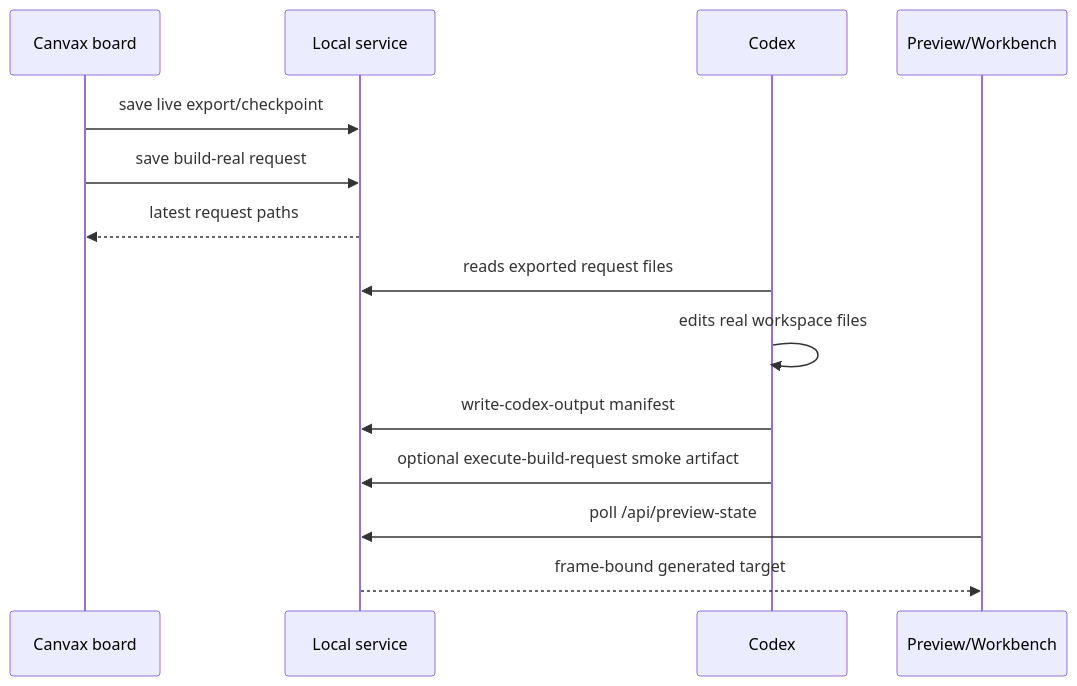
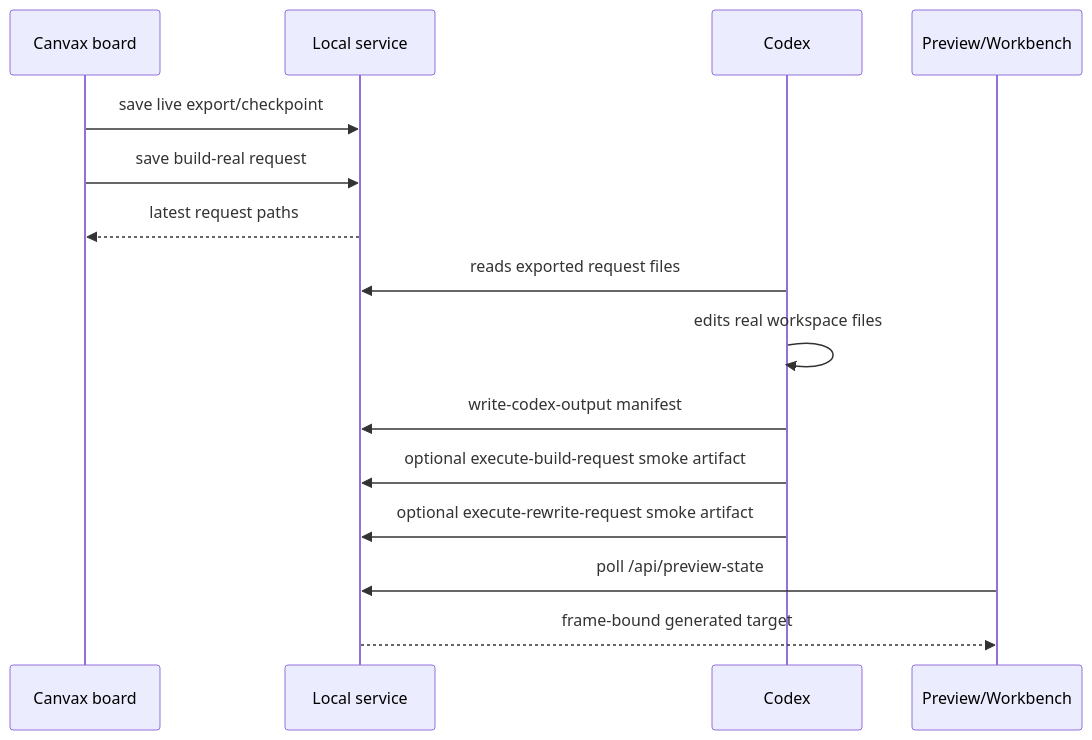
One commit to varshneydevansh/Canvax changed the fourth of 5 diagrams in docs/DEVELOPMENT.md. Above: the diagram before and after it, drawn with Mermaid. The commit also changed other lines of this file and 11 other files, not shown here.

Commit message:
feat: execute live rewrite requests

````diff
--- a/docs/DEVELOPMENT.md
+++ b/docs/DEVELOPMENT.md
@@ -213,17 +219,18 @@
 ```mermaid
 sequenceDiagram
     participant Board as Canvax board
     participant Service as Local service
     participant Codex as Codex
     participant Preview as Preview/Workbench
 
     Board->>Service: save live export/checkpoint
     Board->>Service: save build-real request
     Service-->>Board: latest request paths
     Codex->>Service: reads exported request files
     Codex->>Codex: edits real workspace files
     Codex->>Service: write-codex-output manifest
     Codex->>Service: optional execute-build-request smoke artifact
+    Codex->>Service: optional execute-rewrite-request smoke artifact
     Preview->>Service: poll /api/preview-state
     Service-->>Preview: frame-bound generated target
 ```
````
